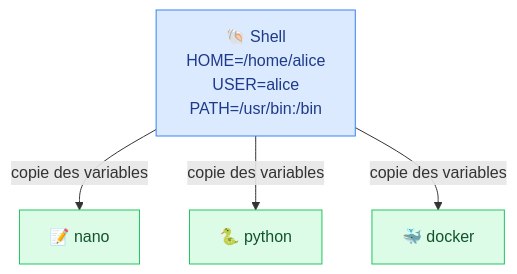
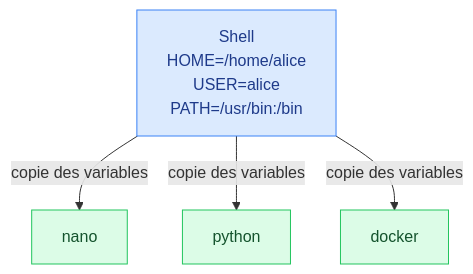
One commit to GoobyWoobies/HEIA-IT changed the first of 3 diagrams in methodologie-securite-it/linux/06-variables-environnement.md. Above: the diagram before and after it, drawn with Mermaid. The commit also changed other lines of this file and 24 other files, not shown here.

````diff
--- a/methodologie-securite-it/linux/06-variables-environnement.md
+++ b/methodologie-securite-it/linux/06-variables-environnement.md
@@ -34,12 +34,12 @@
 ```mermaid
 flowchart TB
-    S["🐚 Shell<br/>HOME=/home/alice<br/>USER=alice<br/>PATH=/usr/bin:/bin"]
-    S -->|"copie des variables"| P1["📝 nano"]
-    S -->|"copie des variables"| P2["🐍 python"]
-    S -->|"copie des variables"| P3["🐳 docker"]
+    S["Shell<br/>HOME=/home/alice<br/>USER=alice<br/>PATH=/usr/bin:/bin"]
+    S -->|"copie des variables"| P1["nano"]
+    S -->|"copie des variables"| P2["python"]
+    S -->|"copie des variables"| P3["docker"]
 
     style S fill:#dbeafe,stroke:#3b82f6,color:#1e3a8a
     style P1 fill:#dcfce7,stroke:#22c55e,color:#14532d
     style P2 fill:#dcfce7,stroke:#22c55e,color:#14532d
     style P3 fill:#dcfce7,stroke:#22c55e,color:#14532d
 ```
````
